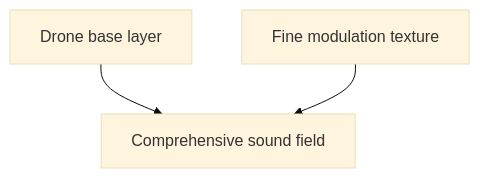
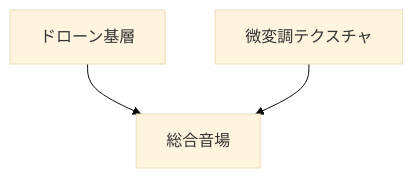
One commit to monumental-movement/monumental-movement.github.io changed the third of 4 diagrams in en/_posts/2025-12-18-column-ambient-drone-textural-drone.md. Above: the diagram before and after it, drawn with Mermaid (base theme). The commit also changed other lines of this file and 775 other files, not shown here.

```diff
--- a/en/_posts/2025-12-18-column-ambient-drone-textural-drone.md
+++ b/en/_posts/2025-12-18-column-ambient-drone-textural-drone.md
@@ -148,5 +148,5 @@
 <div class="mermaid">
 flowchart TB
-    S1["Drone base layer"] --> S3["Comprehensive sound field"]
-    S2["Fine modulation texture"] --> S3
+    S1["ドローン基層"] --> S3["総合音場"]
+    S2["微変調テクスチャ"] --> S3
 </div>
```
